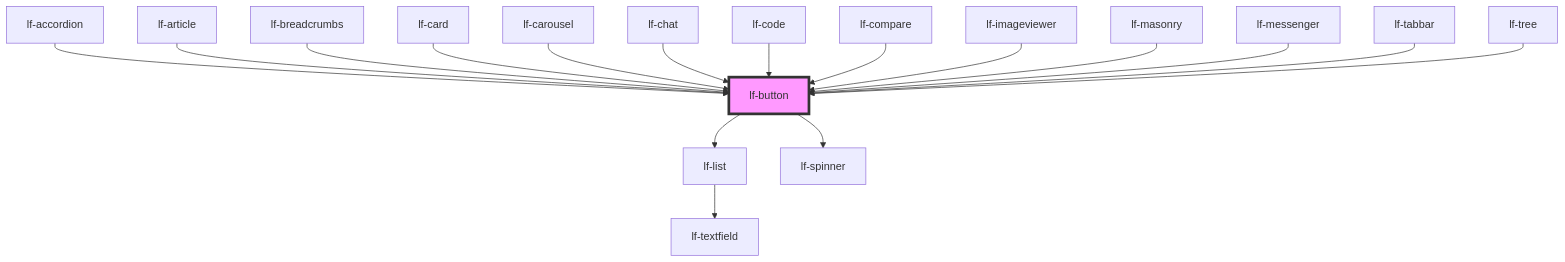
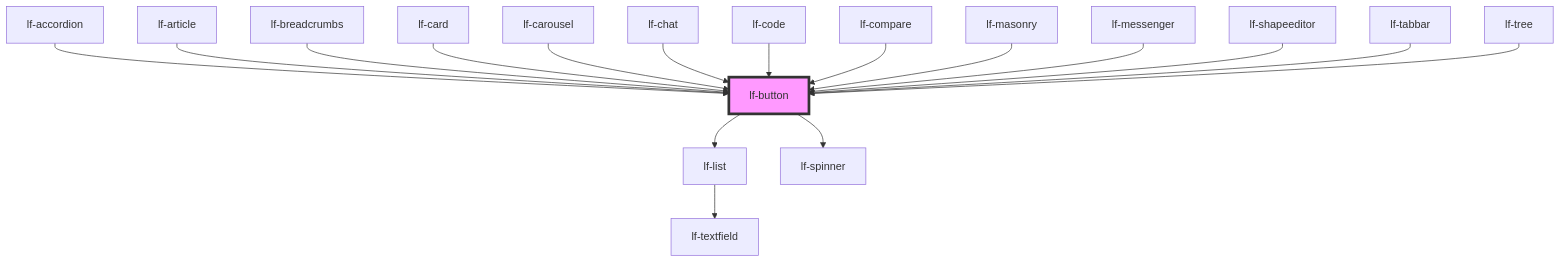
Before and after one commit to lucafoscili/lf-widgets: the diagram in packages/core/src/components/lf-button/readme.md, drawn with Mermaid. The commit also changed other lines of this file and 27 other files, not shown here.

````diff
--- a/packages/core/src/components/lf-button/readme.md
+++ b/packages/core/src/components/lf-button/readme.md
@@ -184,20 +184,20 @@
 ```mermaid
 graph TD;
   lf-button --> lf-list
   lf-button --> lf-spinner
   lf-list --> lf-textfield
   lf-accordion --> lf-button
   lf-article --> lf-button
   lf-breadcrumbs --> lf-button
   lf-card --> lf-button
   lf-carousel --> lf-button
   lf-chat --> lf-button
   lf-code --> lf-button
   lf-compare --> lf-button
-  lf-imageviewer --> lf-button
   lf-masonry --> lf-button
   lf-messenger --> lf-button
+  lf-shapeeditor --> lf-button
   lf-tabbar --> lf-button
   lf-tree --> lf-button
   style lf-button fill:#f9f,stroke:#333,stroke-width:4px
 ```
````
